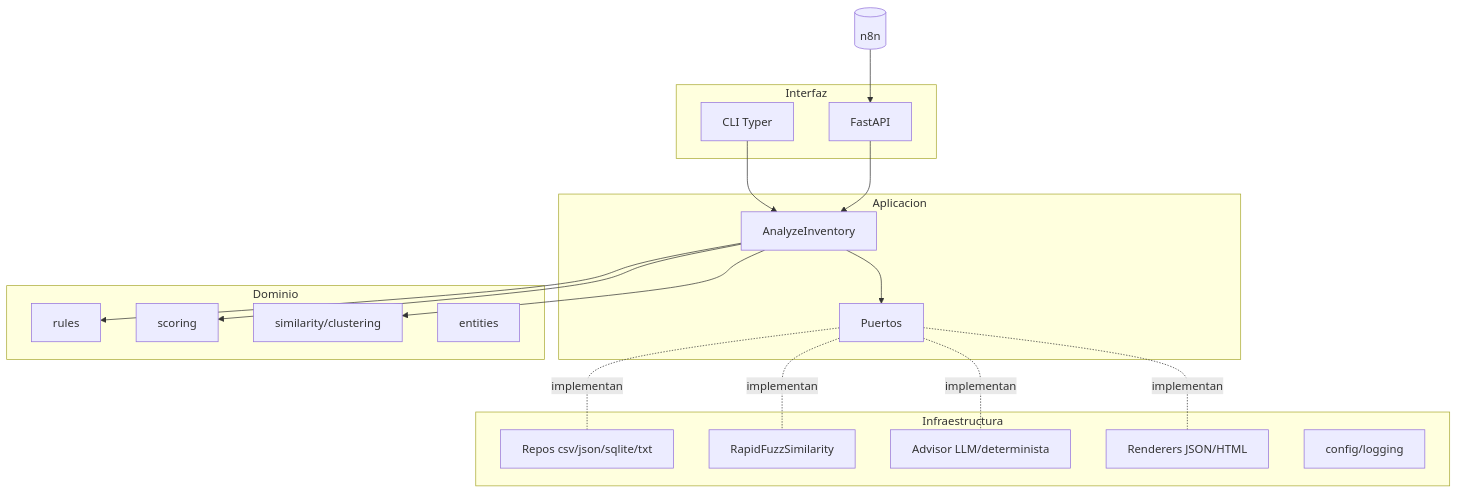
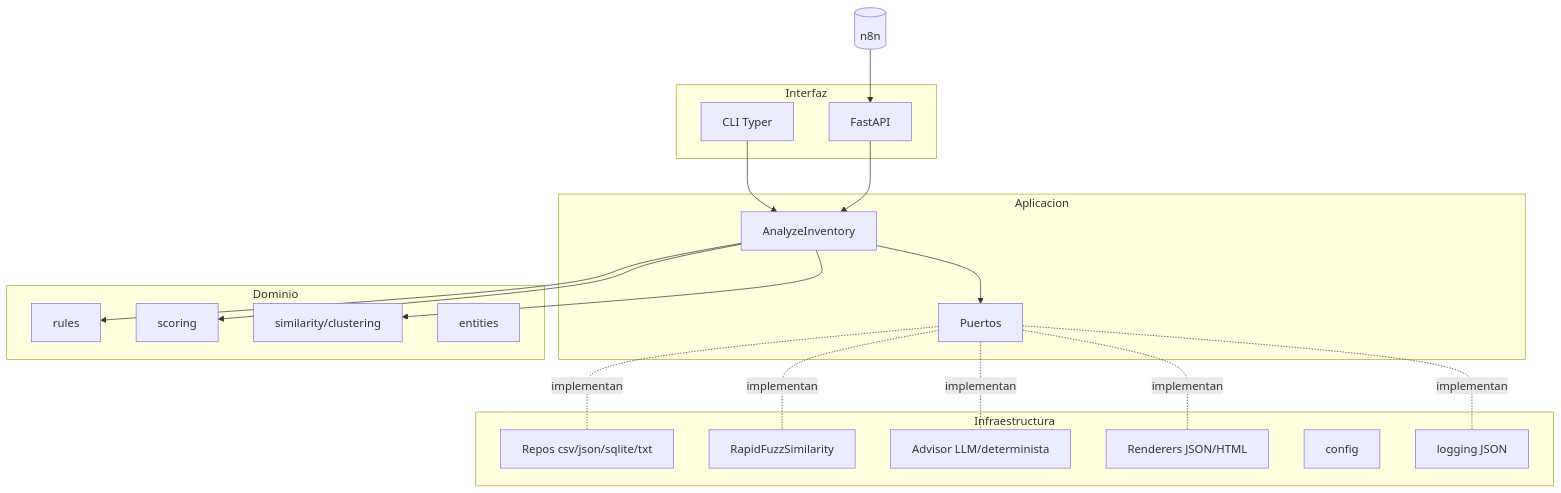
Before and after one commit to cataia-code/bancolombia-technical-challenge-b: the fourth of 5 diagrams in docs/uml.md, drawn with Mermaid. The commit also changed other lines of this file and 17 other files, not shown here.

````diff
--- a/docs/uml.md
+++ b/docs/uml.md
@@ -119,30 +146,31 @@
 ```mermaid
 flowchart TB
     subgraph Interfaz
       CLI[CLI Typer]
       API[FastAPI]
     end
     subgraph Aplicacion
       UC[AnalyzeInventory]
       P[Puertos]
     end
     subgraph Dominio
       RULES[rules]
       SCORE[scoring]
       SIMD[similarity/clustering]
       ENT[entities]
     end
     subgraph Infraestructura
       REPO[Repos csv/json/sqlite/txt]
       SIM[RapidFuzzSimilarity]
       ADV[Advisor LLM/determinista]
       REND[Renderers JSON/HTML]
-      CFG[config/logging]
+      CFG[config]
+      LOG[logging JSON]
     end
     CLI --> UC
     API --> UC
     UC --> P
     UC --> RULES & SCORE & SIMD
-    P -. implementan .- REPO & SIM & ADV & REND
+    P -. implementan .- REPO & SIM & ADV & REND & LOG
     n8n[(n8n)] --> API
 ```
````
